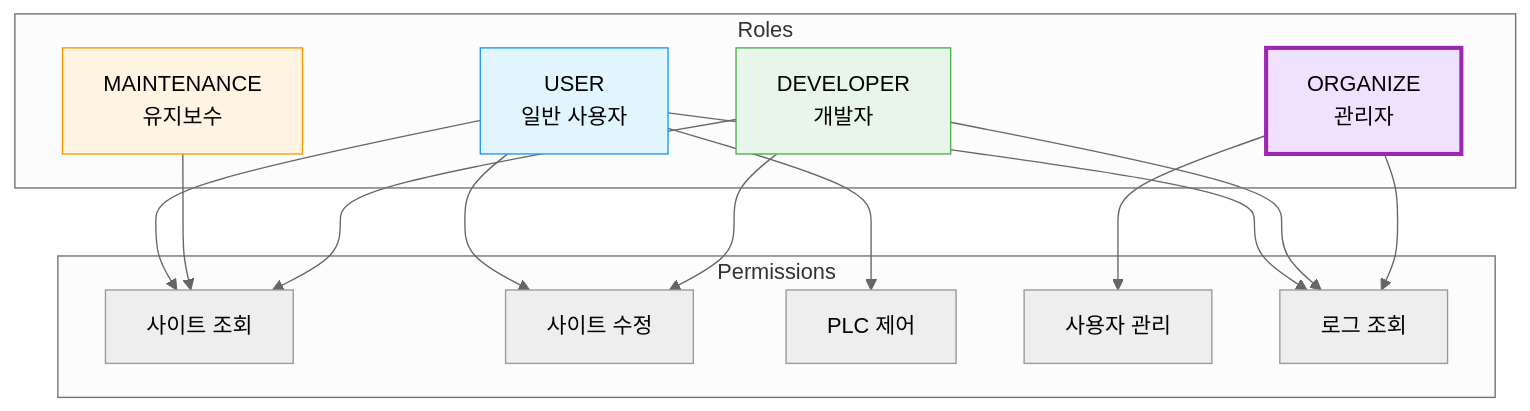
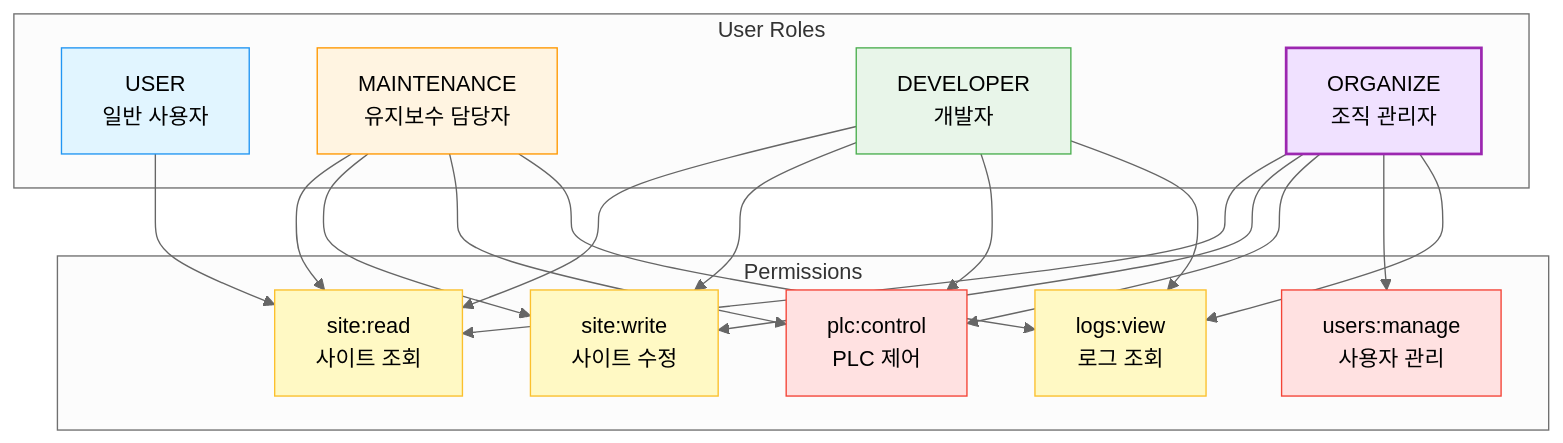
One commit to 1985jwlee/production-iot-backend changed diagram 13 of 13 in README.md. Above: the diagram before and after it, drawn with Mermaid (neutral theme). The commit also changed other lines of this file and 1 other file, not shown here.

````diff
--- a/README.md
+++ b/README.md
@@ -829,33 +663,45 @@
 ```mermaid
 graph TB
-    subgraph "Roles"
+    subgraph "User Roles"
         USER[USER<br/>일반 사용자]
-        MAINT[MAINTENANCE<br/>유지보수]
+        MAINT[MAINTENANCE<br/>유지보수 담당자]
         DEV[DEVELOPER<br/>개발자]
-        ADMIN[ORGANIZE<br/>관리자]
+        ORG[ORGANIZE<br/>조직 관리자]
     end
     
     subgraph "Permissions"
-        READ[사이트 조회]
-        WRITE[사이트 수정]
-        CONTROL[PLC 제어]
-        MANAGE[사용자 관리]
-        LOGS[로그 조회]
+        P1[site:read<br/>사이트 조회]
+        P2[site:write<br/>사이트 수정]
+        P3[plc:control<br/>PLC 제어]
+        P4[users:manage<br/>사용자 관리]
+        P5[logs:view<br/>로그 조회]
     end
     
-    USER --> READ
-    USER --> WRITE
-    USER --> CONTROL
-    USER --> LOGS
-    MAINT --> READ
-    DEV --> READ
-    DEV --> WRITE
-    DEV --> LOGS
-    ADMIN --> MANAGE
-    ADMIN --> LOGS
+    USER --> P1
+    
+    MAINT --> P1
+    MAINT --> P2
+    MAINT --> P3
+    MAINT --> P5
+    
+    DEV --> P1
+    DEV --> P2
+    DEV --> P3
+    DEV --> P5
+    
+    ORG --> P1
+    ORG --> P2
+    ORG --> P3
+    ORG --> P4
+    ORG --> P5
     
     style USER fill:#e1f5ff,stroke:#2196f3
     style MAINT fill:#fff4e1,stroke:#ff9800
     style DEV fill:#e8f5e9,stroke:#4caf50
-    style ADMIN fill:#f0e1ff,stroke:#9c27b0,stroke-width:3px
+    style ORG fill:#f0e1ff,stroke:#9c27b0,stroke-width:2px
+    style P1 fill:#fff9c4,stroke:#fbc02d
+    style P2 fill:#fff9c4,stroke:#fbc02d
+    style P3 fill:#ffe1e1,stroke:#f44336
+    style P4 fill:#ffe1e1,stroke:#f44336
+    style P5 fill:#fff9c4,stroke:#fbc02d
 ```
````
